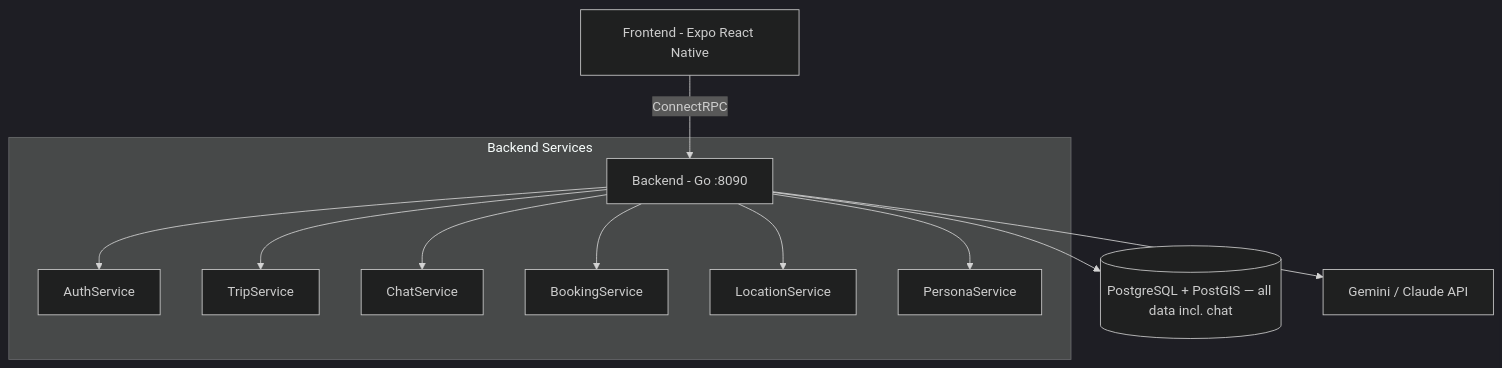
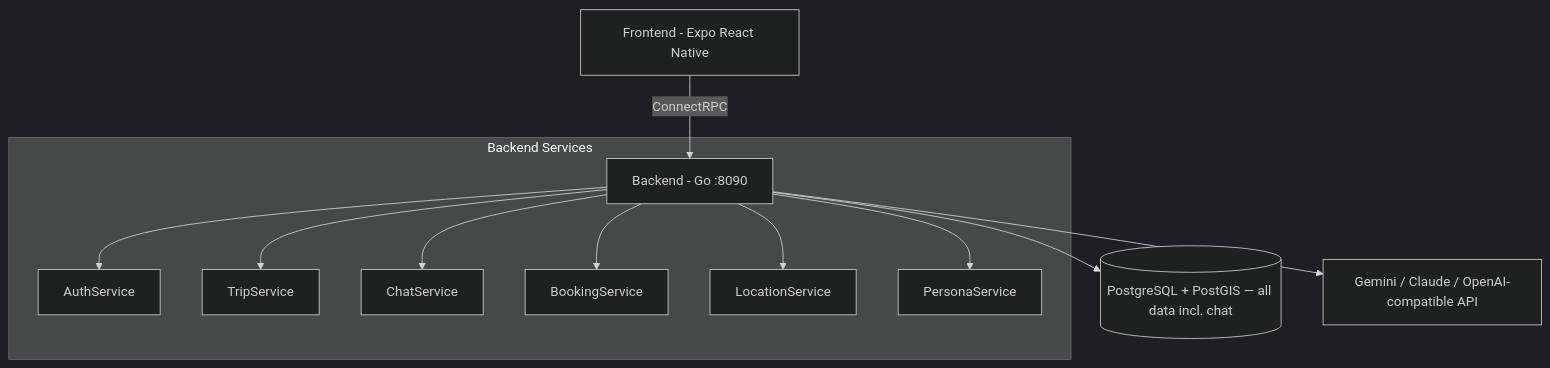
Before and after one commit to gallowaysoftware/toqui: the first of 2 diagrams in backend/CLAUDE.md, drawn with Mermaid (dark theme). The commit also changed other lines of this file and 14 other files, not shown here.

````diff
--- a/backend/CLAUDE.md
+++ b/backend/CLAUDE.md
@@ -48,15 +43,15 @@
 ```mermaid
 graph TB
     FE[Frontend - Expo React Native] -->|ConnectRPC| BE[Backend - Go :8090]
     BE --> PG[(PostgreSQL + PostGIS — all data incl. chat)]
-    BE --> AI[Gemini / Claude API]
+    BE --> AI[Gemini / Claude / OpenAI-compatible API]
 
     subgraph Backend Services
         BE --> Auth[AuthService]
         BE --> Trip[TripService]
         BE --> Chat[ChatService]
         BE --> Book[BookingService]
         BE --> Loc[LocationService]
         BE --> Pers[PersonaService]
     end
 ```
````
